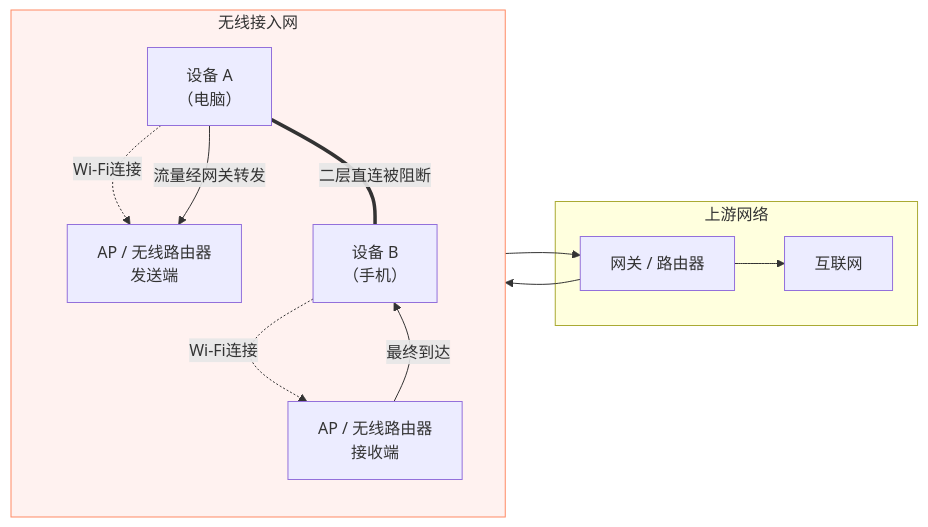
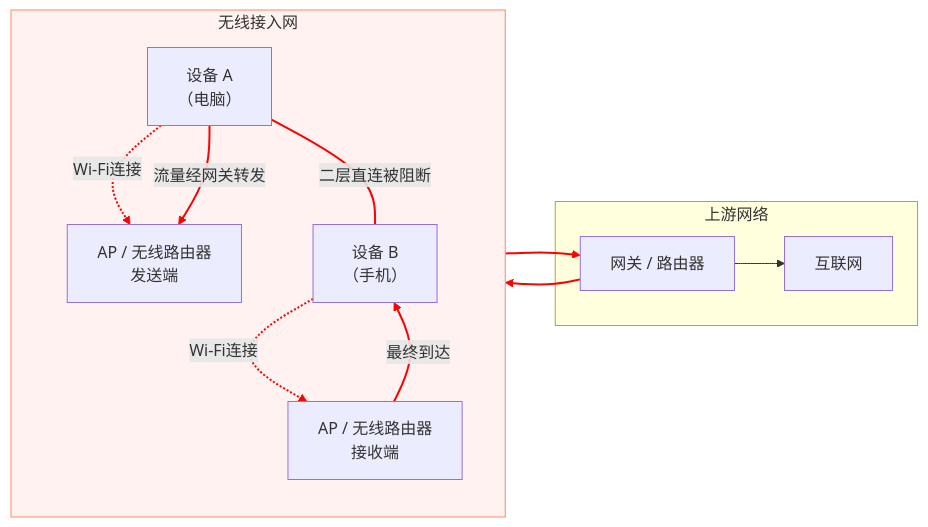
One commit to milk2715093695/milk2715093695.github.io changed the third of 3 diagrams in src/content/posts/campus-network/index.md. Above: the diagram before and after it, drawn with Mermaid. The commit also changed other lines of this file, not shown here.

Commit message:
docs(blog): change mermaid color

````diff
--- a/src/content/posts/campus-network/index.md
+++ b/src/content/posts/campus-network/index.md
@@ -166,32 +178,40 @@
 ```mermaid
 flowchart LR
   subgraph WLAN[无线接入网]
     direction TB
     A[设备 A<br/>（电脑）]
     AP1[AP / 无线路由器<br/>发送端]
     AP2[AP / 无线路由器<br/>接收端]
     B[设备 B<br/>（手机）]
   end
 
   subgraph CORE[上游网络]
     GW[网关 / 路由器]
     Internet[互联网]
   end
 
   %% Wi-Fi 连接
   A -.->|Wi-Fi连接| AP1
   B -.->|Wi-Fi连接| AP2
 
   %% 二层直连被阻断
   A ===|二层直连被阻断| B
 
   %% 绕过路径：通过网关转发
   A -->|流量经网关转发| AP1
   AP1 --> GW
   GW --> AP2
   AP2 -->|最终到达| B
   GW --> Internet
 
   classDef isol fill:#fff2f0,stroke:#ff8a65;
   class WLAN isol;
+
+  linkStyle 0 stroke:red,stroke-width:2px;
+  linkStyle 1 stroke:red,stroke-width:2px;
+  linkStyle 2 stroke:red,stroke-width:2px;
+  linkStyle 3 stroke:red,stroke-width:2px;
+  linkStyle 4 stroke:red,stroke-width:2px;
+  linkStyle 5 stroke:red,stroke-width:2px;
+  linkStyle 6 stroke:red,stroke-width:2px;  
 ```
````
